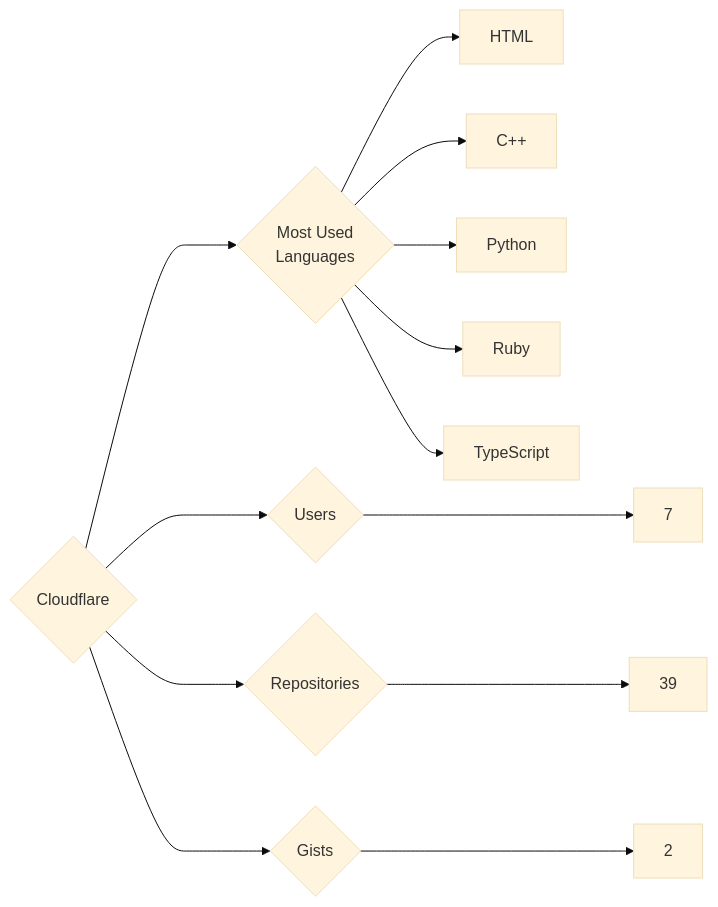
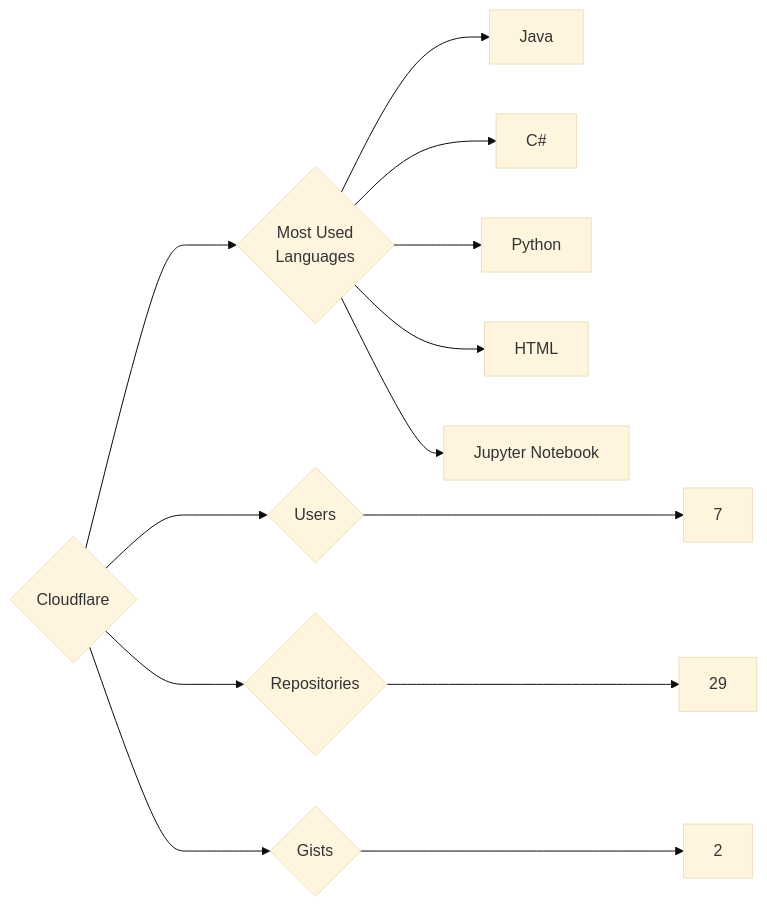
One commit to trickest/insiders changed the diagram in targets/Cloudflare/README.md. Above: the diagram before and after it, drawn with Mermaid (base theme). The commit also changed 1212 other files, not shown here.

````diff
--- a/targets/Cloudflare/README.md
+++ b/targets/Cloudflare/README.md
@@ -3,13 +3,13 @@
 ```mermaid
 graph LR
 COMPANY_NAME{Cloudflare}
 COMPANY_NAME ---> U{Users} ---> UN[7]
-COMPANY_NAME ---> R{Repositories} ---> RN[39]
+COMPANY_NAME ---> R{Repositories} ---> RN[29]
 COMPANY_NAME ---> G{Gists} ---> GN[2]
 COMPANY_NAME ---> ML{Most Used<br>Languages}
+ML --> Java[Java]
+ML --> C#[C#]
+ML --> Python[Python]
 ML --> HTML[HTML]
-ML --> C++[C++]
-ML --> Python[Python]
-ML --> Ruby[Ruby]
-ML --> TypeScript[TypeScript]
+ML --> Jupyter_Notebook[Jupyter Notebook]
 ```
````
